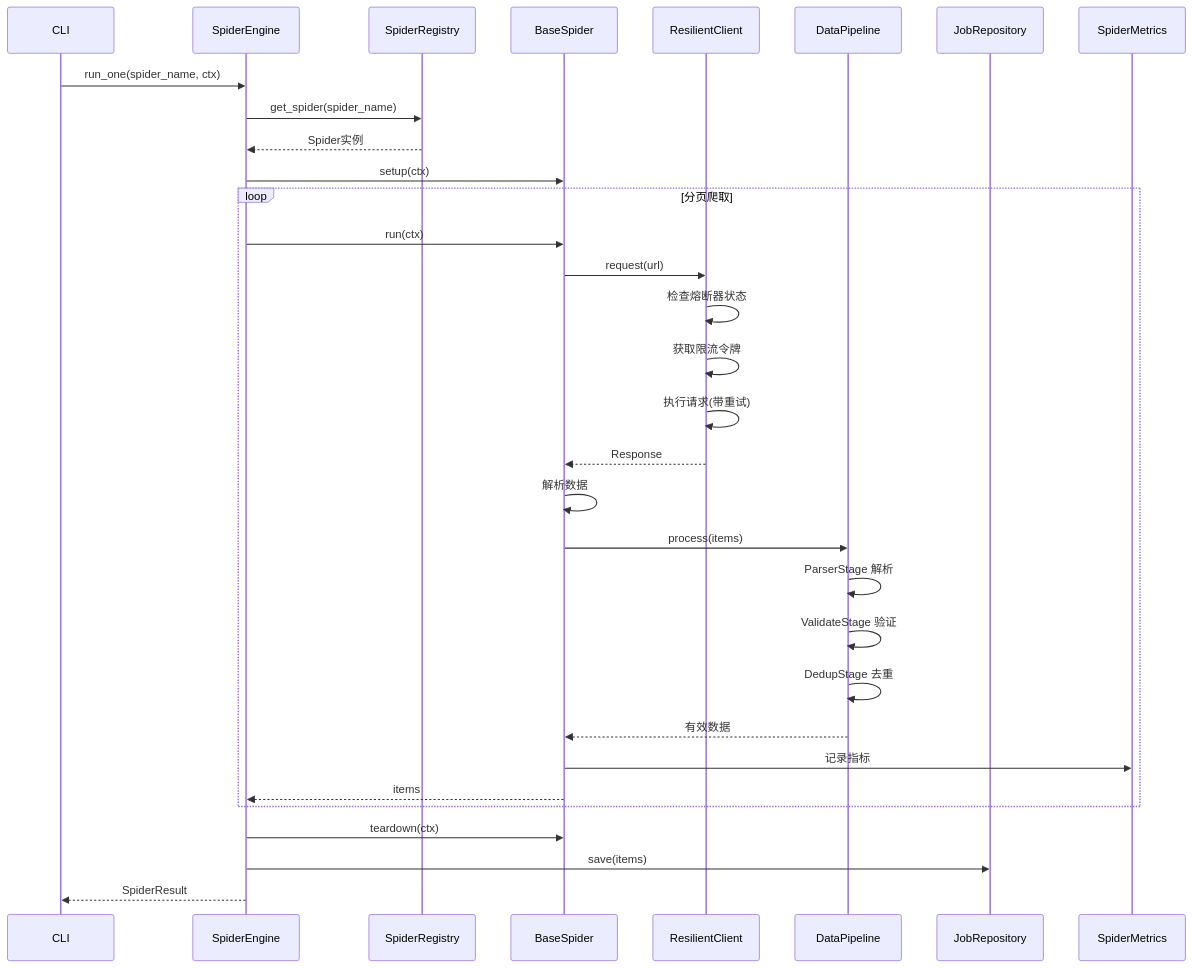
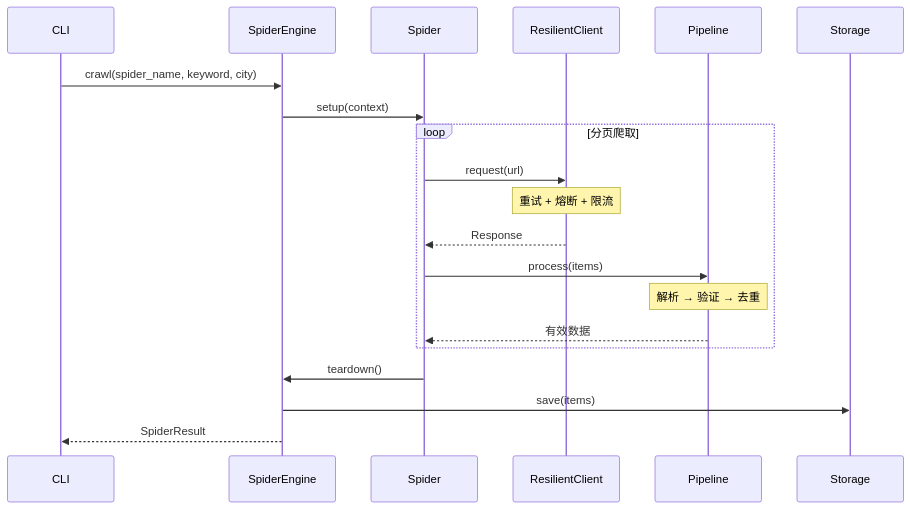
Before and after one commit to afine907/job-spider: the diagram in README.md, drawn with Mermaid. The commit also changed other lines of this file, not shown here.

````diff
--- a/README.md
+++ b/README.md
@@ -110,41 +170,25 @@
 ```mermaid
 sequenceDiagram
-    participant CLI as CLI
+    participant CLI
     participant Engine as SpiderEngine
-    participant Registry as SpiderRegistry
-    participant Spider as BaseSpider
-    participant MW as ResilientClient
-    participant Pipeline as DataPipeline
-    participant Storage as JobRepository
-    participant Metrics as SpiderMetrics
+    participant Spider
+    participant Client as ResilientClient
+    participant Pipeline
+    participant Storage
 
-    CLI->>Engine: run_one(spider_name, ctx)
-    Engine->>Registry: get_spider(spider_name)
-    Registry-->>Engine: Spider实例
-    Engine->>Spider: setup(ctx)
+    CLI->>Engine: crawl(spider_name, keyword, city)
+    Engine->>Spider: setup(context)
     
     loop 分页爬取
-        Engine->>Spider: run(ctx)
-        Spider->>MW: request(url)
-        
-        MW->>MW: 检查熔断器状态
-        MW->>MW: 获取限流令牌
-        MW->>MW: 执行请求(带重试)
-        MW-->>Spider: Response
-        
-        Spider->>Spider: 解析数据
+        Spider->>Client: request(url)
+        Note over Client: 重试 + 熔断 + 限流
+        Client-->>Spider: Response
         Spider->>Pipeline: process(items)
-        
-        Pipeline->>Pipeline: ParserStage 解析
-        Pipeline->>Pipeline: ValidateStage 验证
-        Pipeline->>Pipeline: DedupStage 去重
+        Note over Pipeline: 解析 → 验证 → 去重
         Pipeline-->>Spider: 有效数据
-        
-        Spider->>Metrics: 记录指标
-        Spider-->>Engine: items
     end
     
-    Engine->>Spider: teardown(ctx)
+    Spider->>Engine: teardown()
     Engine->>Storage: save(items)
     Engine-->>CLI: SpiderResult
 ```
````
